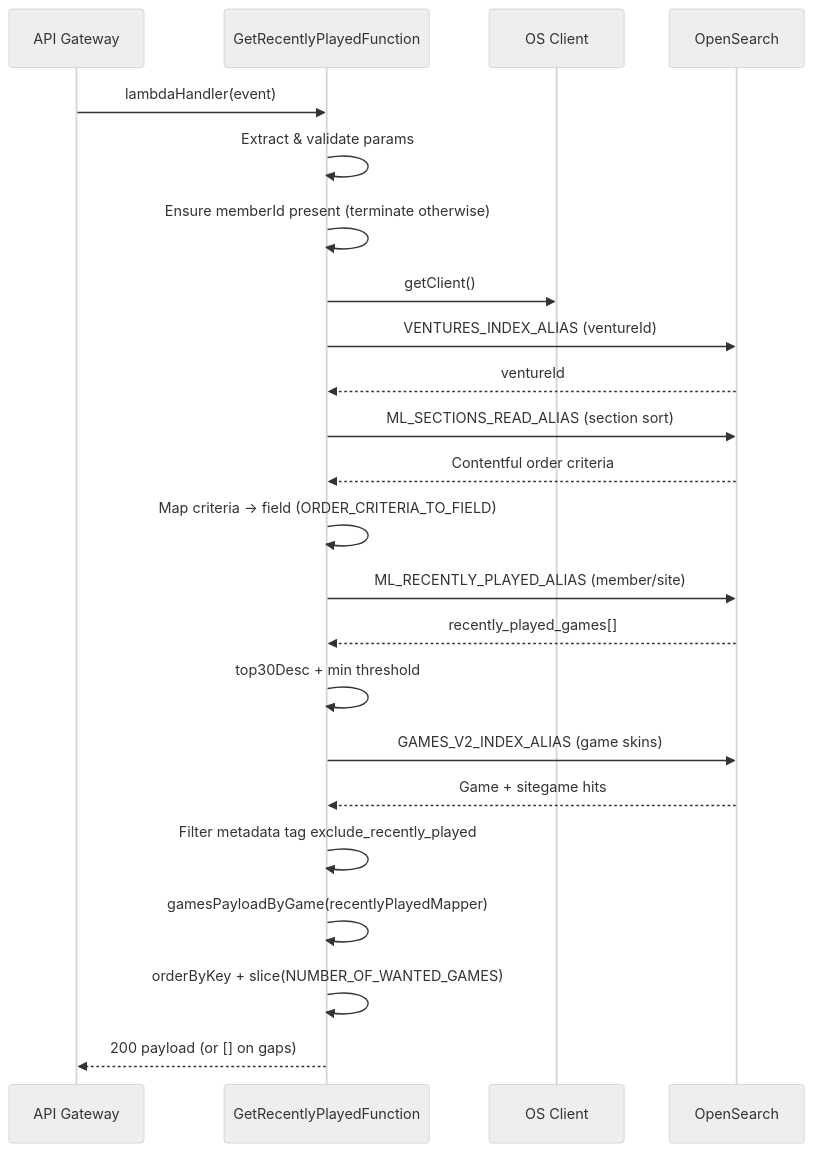
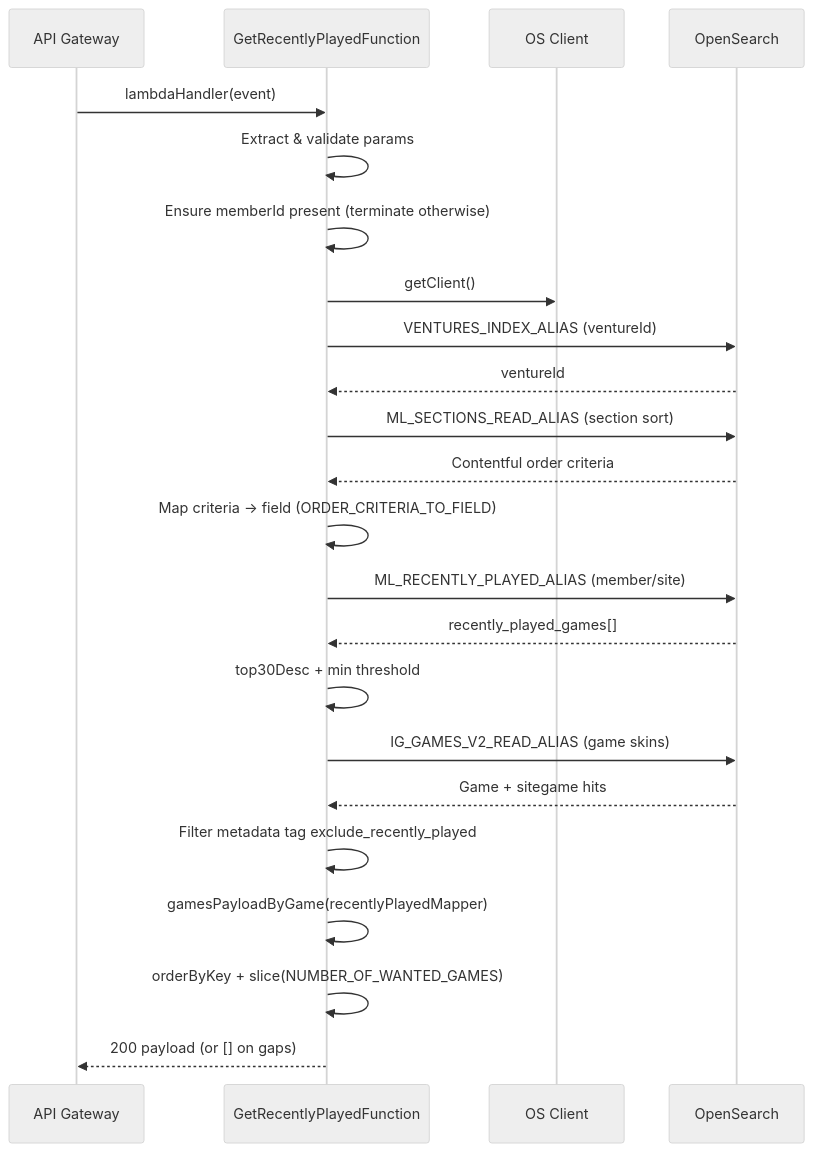
Before and after one commit to devminchev/personalised-lobby-ts-lambda-v3: the diagram in functions/GetRecentlyPlayedFunction/README.md, drawn with Mermaid (neutral theme). The commit also changed other lines of this file and 287 other files, not shown here.

````diff
--- a/functions/GetRecentlyPlayedFunction/README.md
+++ b/functions/GetRecentlyPlayedFunction/README.md
@@ -15,26 +15,26 @@
 ```mermaid
 sequenceDiagram
     participant API as API Gateway
     participant L as GetRecentlyPlayedFunction
     participant OSC as OS Client
     participant OS as OpenSearch
 
     API->>L: lambdaHandler(event)
     L->>L: Extract & validate params
     L->>L: Ensure memberId present (terminate otherwise)
     L->>OSC: getClient()
     L->>OS: VENTURES_INDEX_ALIAS (ventureId)
     OS-->>L: ventureId
     L->>OS: ML_SECTIONS_READ_ALIAS (section sort)
     OS-->>L: Contentful order criteria
     L->>L: Map criteria -> field (ORDER_CRITERIA_TO_FIELD)
     L->>OS: ML_RECENTLY_PLAYED_ALIAS (member/site)
     OS-->>L: recently_played_games[]
     L->>L: top30Desc + min threshold
-    L->>OS: GAMES_V2_INDEX_ALIAS (game skins)
+    L->>OS: IG_GAMES_V2_READ_ALIAS (game skins)
     OS-->>L: Game + sitegame hits
     L->>L: Filter metadata tag exclude_recently_played
     L->>L: gamesPayloadByGame(recentlyPlayedMapper)
     L->>L: orderByKey + slice(NUMBER_OF_WANTED_GAMES)
     L-->>API: 200 payload (or [] on gaps)
 ```
````
